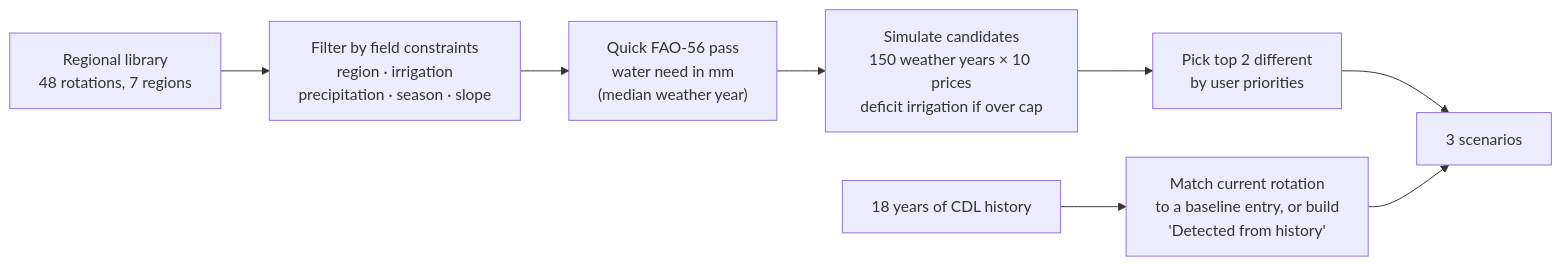
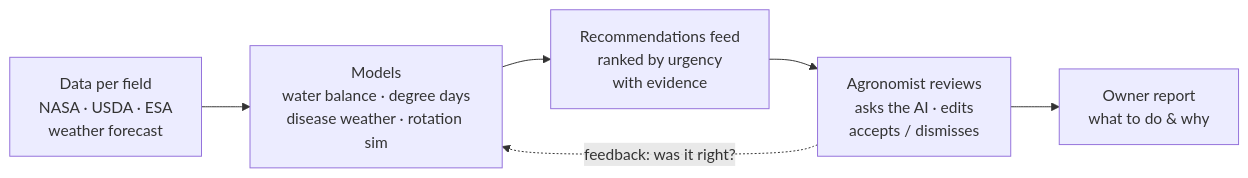
One commit to nekojidev/Terrasight changed the diagram in docs/01-product-definition.md. Above: the diagram before and after it, drawn with Mermaid. The commit also changed other lines of this file and 75 other files, not shown here.

First line of the commit message:
Add product, RFC, tech design, backlog, design handoff and library data

````diff
--- a/docs/01-product-definition.md
+++ b/docs/01-product-definition.md
@@ -239,10 +88,8 @@
 ```mermaid
 flowchart LR
-    L["Regional library<br/>48 rotations, 7 regions"] --> F["Filter by field constraints<br/>region · irrigation<br/>precipitation · season · slope"]
-    F --> W["Quick FAO-56 pass<br/>water need in mm<br/>(median weather year)"]
-    W --> S["Simulate candidates<br/>150 weather years × 10 prices<br/>deficit irrigation if over cap"]
-    S --> P["Pick top 2 different<br/>by user priorities"]
-    H["18 years of CDL history"] --> B["Match current rotation<br/>to a baseline entry, or build<br/>'Detected from history'"]
-    P --> R["3 scenarios"]
-    B --> R
+    D["Data per field<br/>NASA · USDA · ESA<br/>weather forecast"] --> M["Models<br/>water balance · degree days<br/>disease weather · rotation sim"]
+    M --> R["Recommendations feed<br/>ranked by urgency<br/>with evidence"]
+    R --> A["Agronomist reviews<br/>asks the AI · edits<br/>accepts / dismisses"]
+    A --> F["Owner report<br/>what to do & why"]
+    A -. "feedback: was it right?" .-> M
 ```
````
